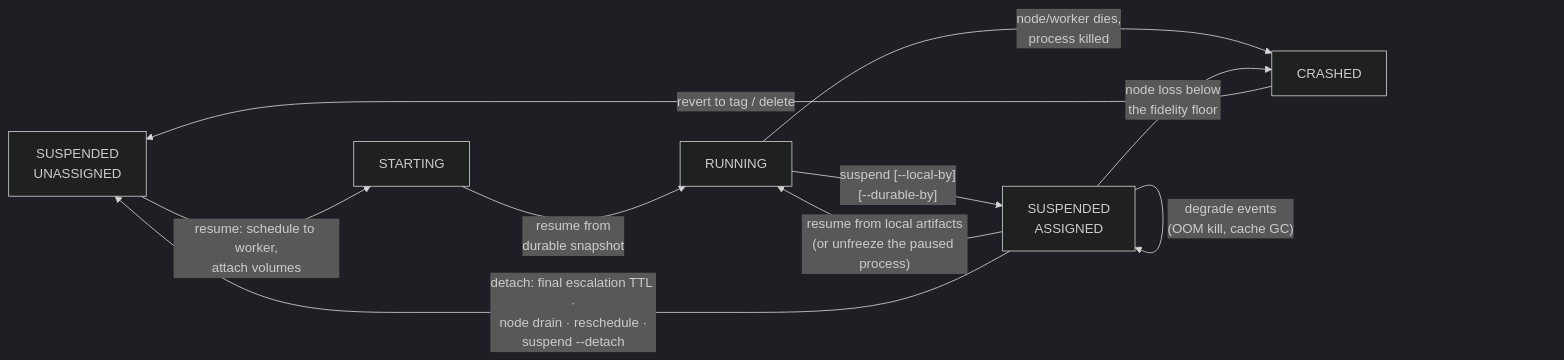
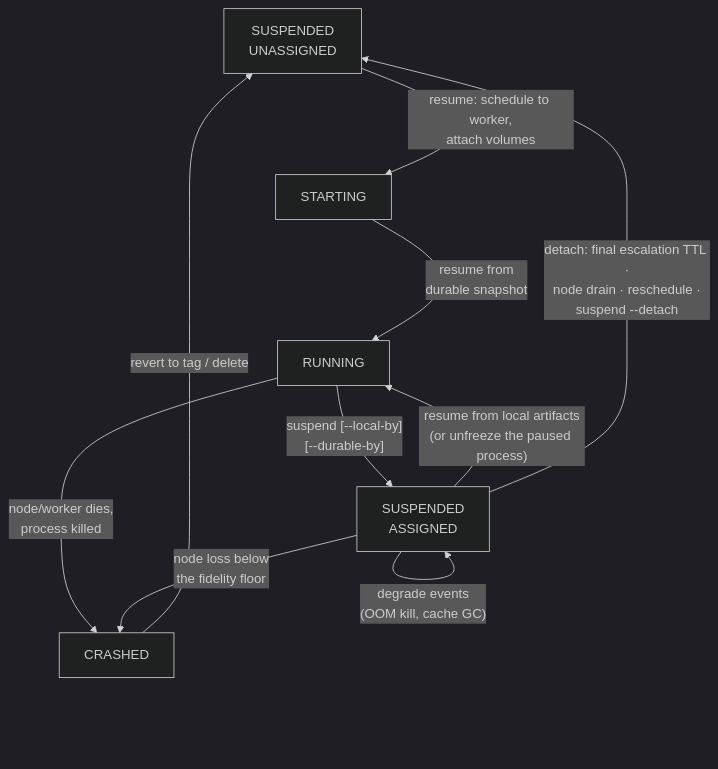
The second of 3 diagrams in docs/actor-lifecycle-v2.md (dberkov/substrate), drawn with Mermaid (dark theme) before and after one commit. The commit also changed other lines of this file, not shown here.

````diff
--- a/docs/actor-lifecycle-v2.md
+++ b/docs/actor-lifecycle-v2.md
@@ -108,25 +108,25 @@
 ```mermaid
-flowchart LR
+flowchart TD
     %% nodes declared in desired left-to-right order
     SU["SUSPENDED<br/>UNASSIGNED"]
     ST["STARTING"]
     RN["RUNNING"]
     CR["CRASHED"]
     SA["SUSPENDED<br/>ASSIGNED"]
 
     %% invisible spine: pins SU to the far left, SA to the far right
     SU ~~~ ST
     ST ~~~ RN
     RN ~~~ SA
 
     SU -- "resume: schedule to worker,<br/>attach volumes" --> ST
     ST -- "resume from<br/>durable snapshot" --> RN
     RN -- "suspend [--local-by]<br/>[--durable-by]" --> SA
     SA -- "resume from local artifacts<br/>(or unfreeze the paused process)" --> RN
     RN -- "node/worker dies,<br/>process killed" --> CR
     SA -- "node loss below<br/>the fidelity floor" --> CR
     SA -- "durability events<br/>(package, auto-upload)" --> SA
     SA -- "degrade events<br/>(OOM kill, cache GC)" --> SA
     SA -- "detach: final escalation TTL ·<br/>node drain · reschedule ·<br/>suspend --detach" --> SU
     CR -- "revert to tag / delete" --> SU
 ```
````
